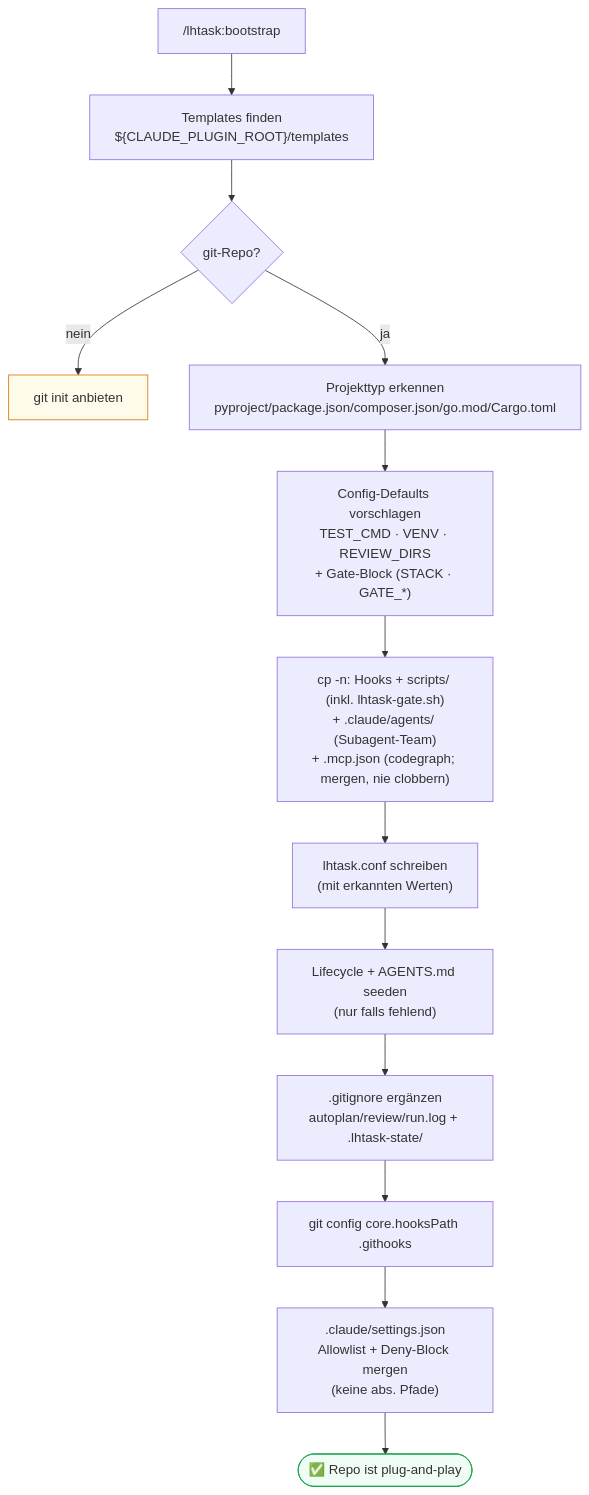
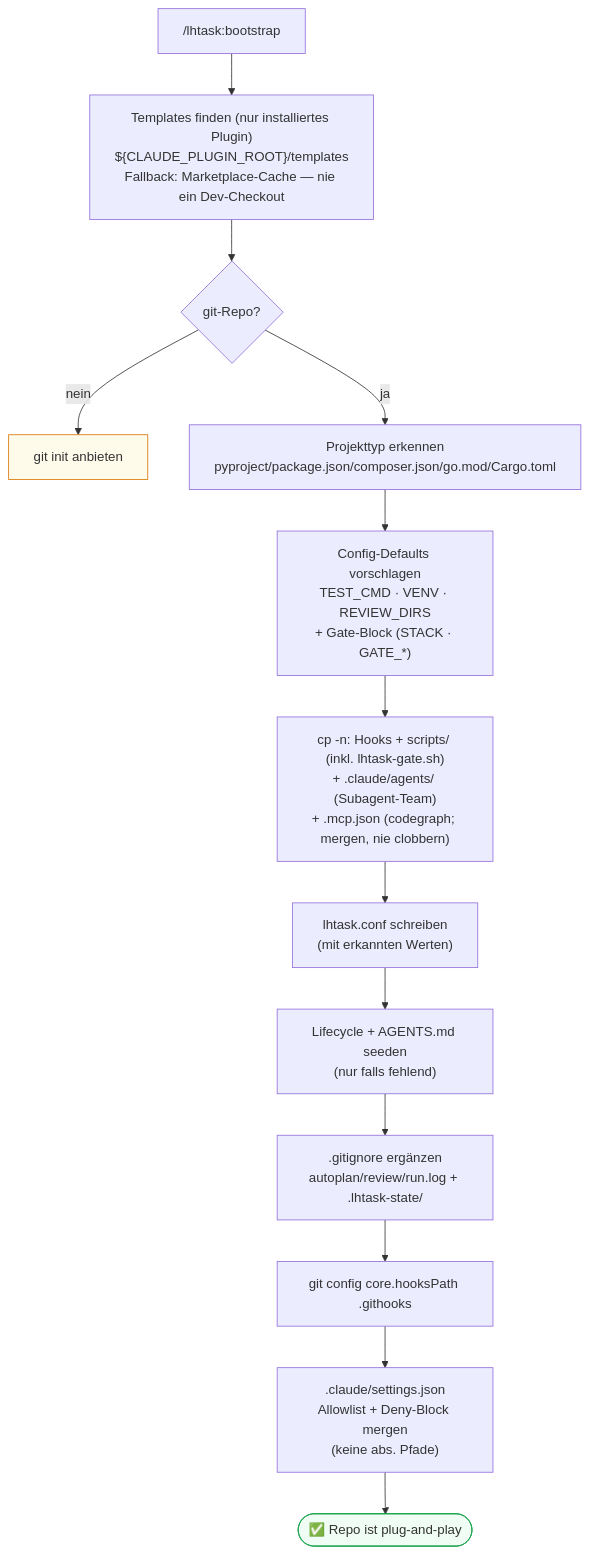
Diagram 11 of 12 in ARCHITECTURE.md (leonhoffmann86/lhtask-plugin), drawn with Mermaid before and after one commit. The commit also changed other lines of this file and 2 other files, not shown here.

Commit message:
docs: refresh CLAUDE/ARCHITECTURE/README for v0.3.2 skill hardening

````diff
--- a/ARCHITECTURE.md
+++ b/ARCHITECTURE.md
@@ -448,18 +451,18 @@
 ```mermaid
 flowchart TB
-    S0["/lhtask:bootstrap"] --> S1["Templates finden<br/>${CLAUDE_PLUGIN_ROOT}/templates"]
+    S0["/lhtask:bootstrap"] --> S1["Templates finden (nur installiertes Plugin)<br/>${CLAUDE_PLUGIN_ROOT}/templates<br/>Fallback: Marketplace-Cache — nie ein Dev-Checkout"]
     S1 --> S2{"git-Repo?"}
     S2 -- "nein" --> OFFER["git init anbieten"]
     S2 -- "ja" --> S3["Projekttyp erkennen<br/>pyproject/package.json/composer.json/go.mod/Cargo.toml"]
     S3 --> S4["Config-Defaults vorschlagen<br/>TEST_CMD · VENV · REVIEW_DIRS<br/>+ Gate-Block (STACK · GATE_*)"]
     S4 --> S5["cp -n: Hooks + scripts/ (inkl. lhtask-gate.sh)<br/>+ .claude/agents/ (Subagent-Team)<br/>+ .mcp.json (codegraph; mergen, nie clobbern)"]
     S5 --> S6["lhtask.conf schreiben<br/>(mit erkannten Werten)"]
     S6 --> S7["Lifecycle + AGENTS.md seeden<br/>(nur falls fehlend)"]
     S7 --> S8[".gitignore ergänzen<br/>autoplan/review/run.log + .lhtask-state/"]
     S8 --> S9["git config core.hooksPath .githooks"]
     S9 --> S10[".claude/settings.json<br/>Allowlist + Deny-Block mergen<br/>(keine abs. Pfade)"]
     S10 --> DONE(["✅ Repo ist plug-and-play"])
 
     style DONE fill:#f0fdf4,stroke:#16a34a
     style OFFER fill:#fffbeb,stroke:#d97706
 ```
````
